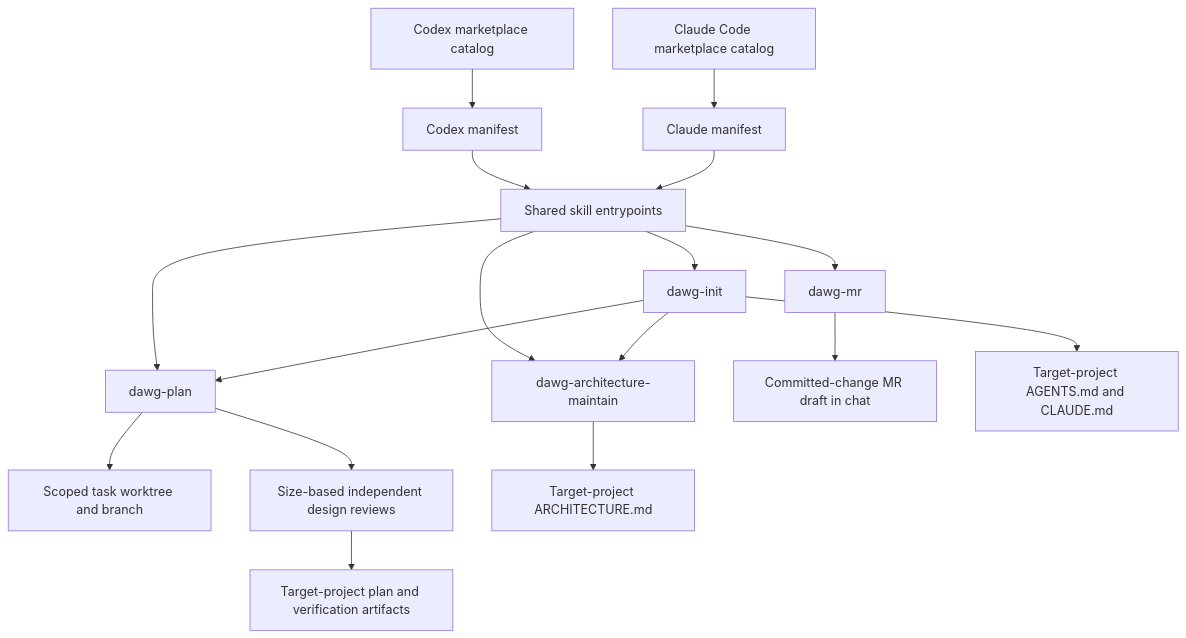
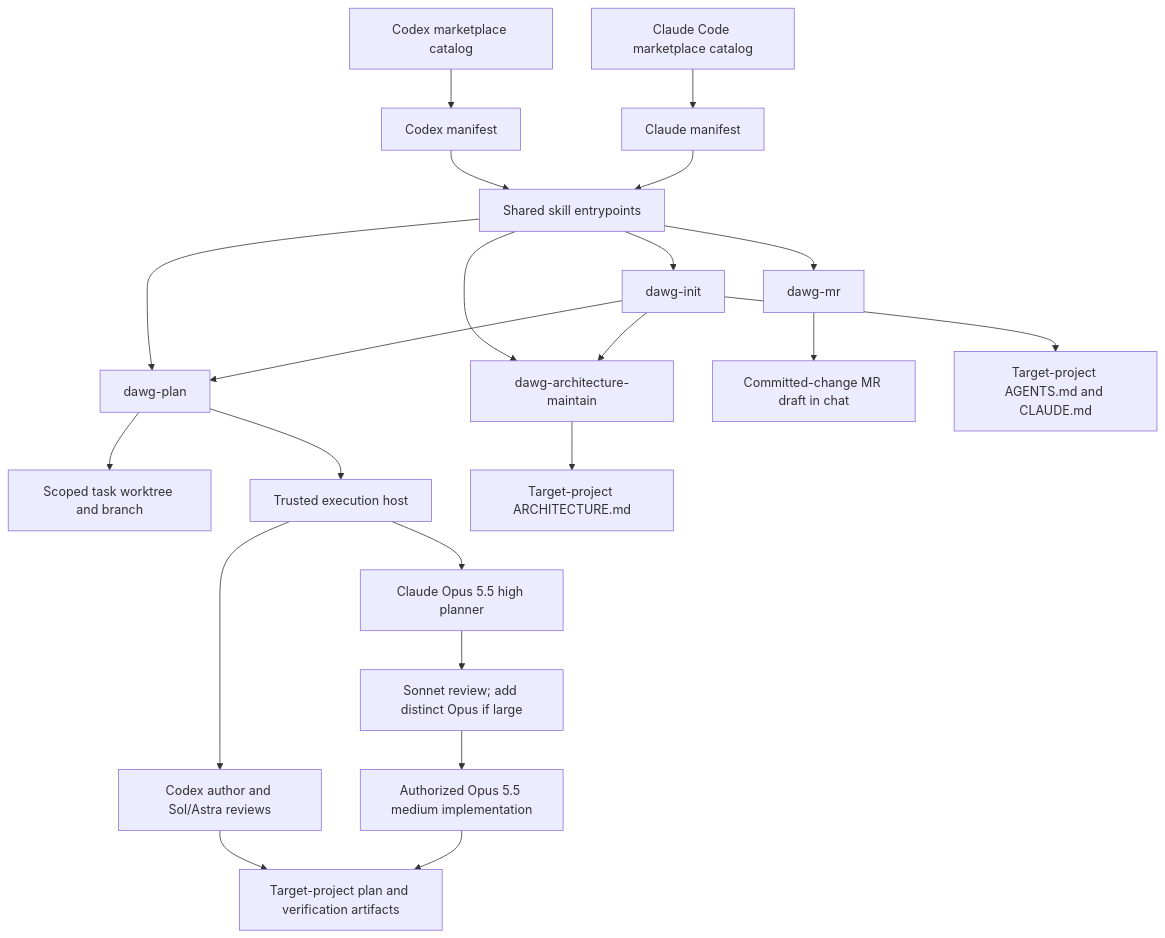
The diagram in ARCHITECTURE.md (pdawgy-sg/pdawgy-skills), drawn with Mermaid before and after one commit. The commit also changed other lines of this file and 15 other files, not shown here.

Commit message:
feat(dawg-plan): pin Claude planning and implementation phases

````diff
--- a/ARCHITECTURE.md
+++ b/ARCHITECTURE.md
@@ -105,19 +124,25 @@
 ```mermaid
 flowchart TD
     CodexCatalog[Codex marketplace catalog] --> CodexManifest[Codex manifest]
     ClaudeCatalog[Claude Code marketplace catalog] --> ClaudeManifest[Claude manifest]
     CodexManifest --> Skills[Shared skill entrypoints]
     ClaudeManifest --> Skills
     Skills --> Init[dawg-init]
     Skills --> Plan[dawg-plan]
     Skills --> Maintain[dawg-architecture-maintain]
     Skills --> MR[dawg-mr]
     MR --> Message[Committed-change MR draft in chat]
     Init --> Plan
     Init --> Maintain
     Plan --> Worktree[Scoped task worktree and branch]
-    Plan --> Reviews[Size-based independent design reviews]
-    Reviews --> Artifacts[Target-project plan and verification artifacts]
+    Plan --> Host[Trusted execution host]
+    Host --> Code[Codex author and Sol/Astra reviews]
+    Host --> Planner[Claude Opus 5.5 high planner]
+    Planner --> Reviews[Sonnet review; add distinct Opus if large]
+    Reviews --> Implementer[Authorized Opus 5.5 medium implementation]
+    Code --> Artifacts
+    Implementer --> Artifacts
+    Artifacts[Target-project plan and verification artifacts]
     Init --> Guidance[Target-project AGENTS.md and CLAUDE.md]
     Maintain --> Architecture[Target-project ARCHITECTURE.md]
 ```
````
